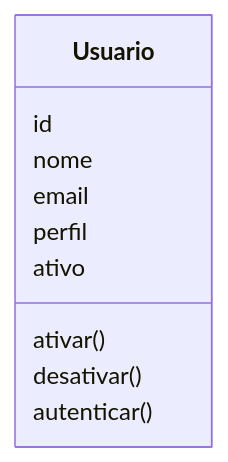
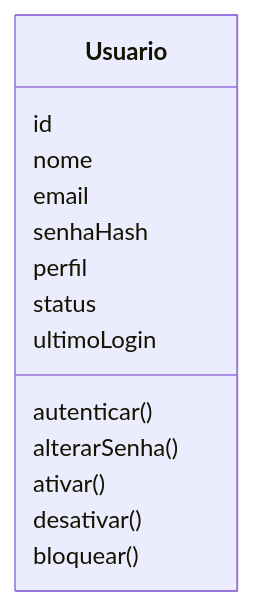
The first of 4 diagrams in docs/usuarios-operacoes/02-modelagem-com-ddd.md (TechChallengeFiap/Quimovia), drawn with Mermaid before and after one commit. The commit also changed other lines of this file, not shown here.

````diff
--- a/docs/usuarios-operacoes/02-modelagem-com-ddd.md
+++ b/docs/usuarios-operacoes/02-modelagem-com-ddd.md
@@ -27,11 +29,15 @@
 ```mermaid
 classDiagram
 Usuario : id
 Usuario : nome
 Usuario : email
+Usuario : senhaHash
 Usuario : perfil
-Usuario : ativo
+Usuario : status
+Usuario : ultimoLogin
+Usuario : autenticar()
+Usuario : alterarSenha()
 Usuario : ativar()
 Usuario : desativar()
-Usuario : autenticar()
+Usuario : bloquear()
 ```
````
